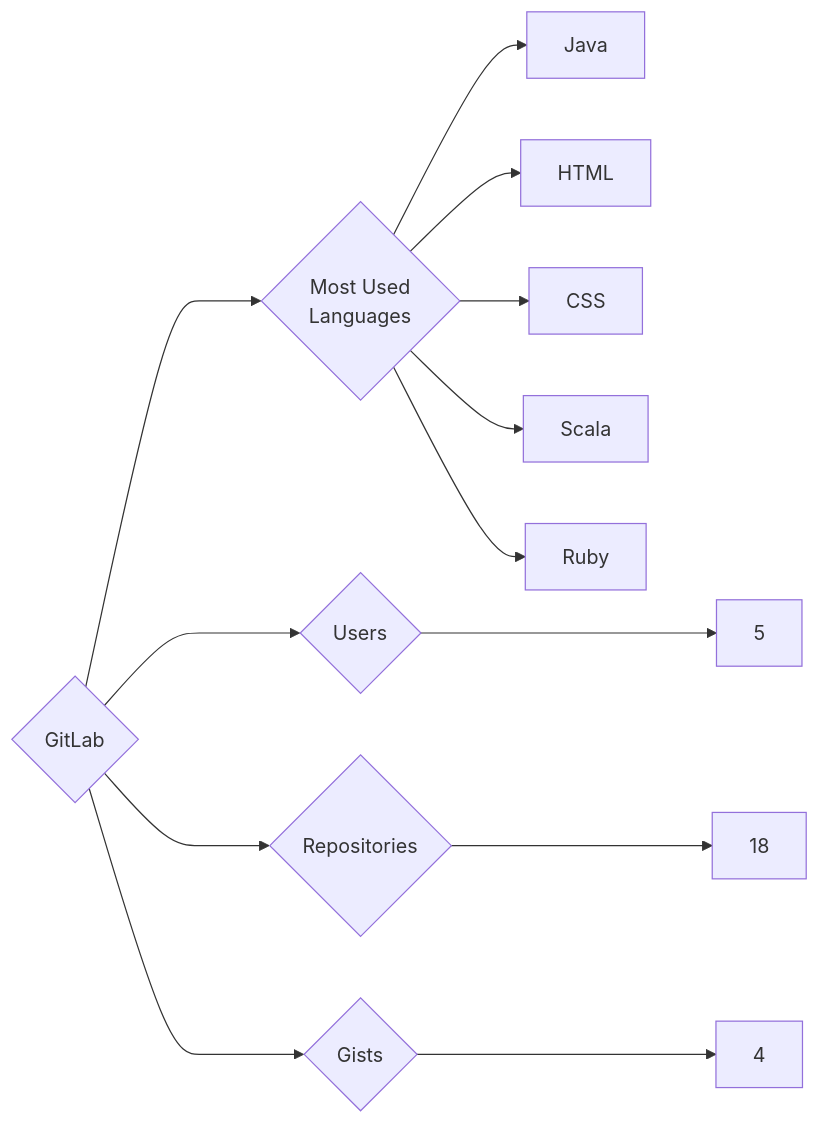
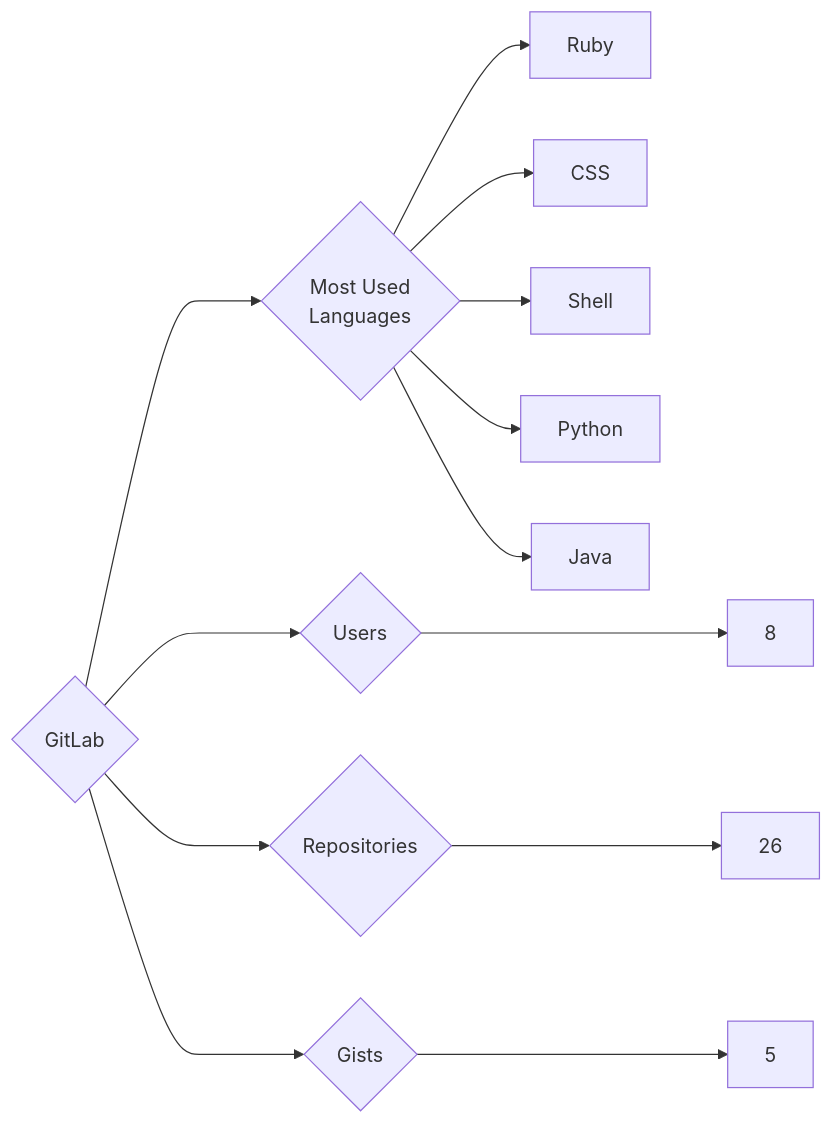
The diagram in targets/GitLab/README.md (trickest/insiders), drawn with Mermaid before and after one commit. The commit also changed 815 other files, not shown here.

````diff
--- a/targets/GitLab/README.md
+++ b/targets/GitLab/README.md
@@ -3,13 +3,13 @@
 ```mermaid
 graph LR
 COMPANY_NAME{GitLab}
-COMPANY_NAME ---> U{Users} ---> UN[5]
-COMPANY_NAME ---> R{Repositories} ---> RN[18]
-COMPANY_NAME ---> G{Gists} ---> GN[4]
+COMPANY_NAME ---> U{Users} ---> UN[8]
+COMPANY_NAME ---> R{Repositories} ---> RN[26]
+COMPANY_NAME ---> G{Gists} ---> GN[5]
 COMPANY_NAME ---> ML{Most Used<br>Languages}
+ML --> Ruby[Ruby]
+ML --> CSS[CSS]
+ML --> Shell[Shell]
+ML --> Python[Python]
 ML --> Java[Java]
-ML --> HTML[HTML]
-ML --> CSS[CSS]
-ML --> Scala[Scala]
-ML --> Ruby[Ruby]
 ```
````
